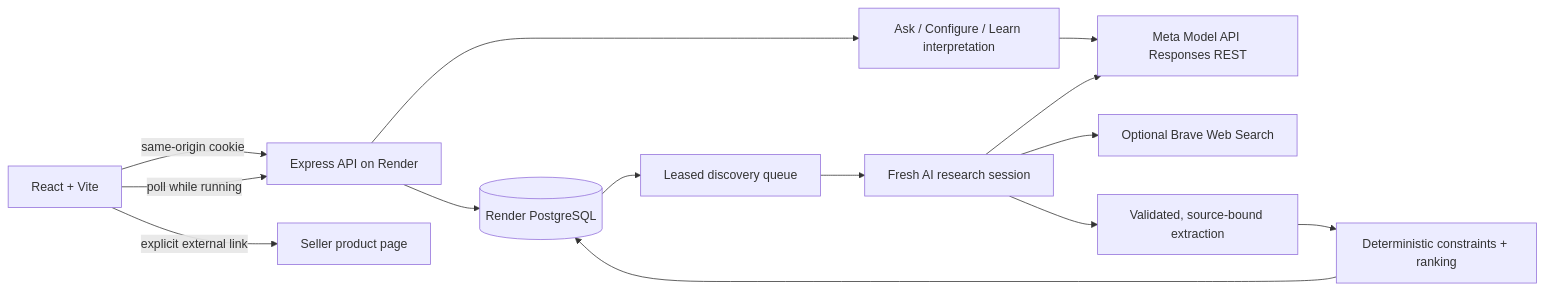
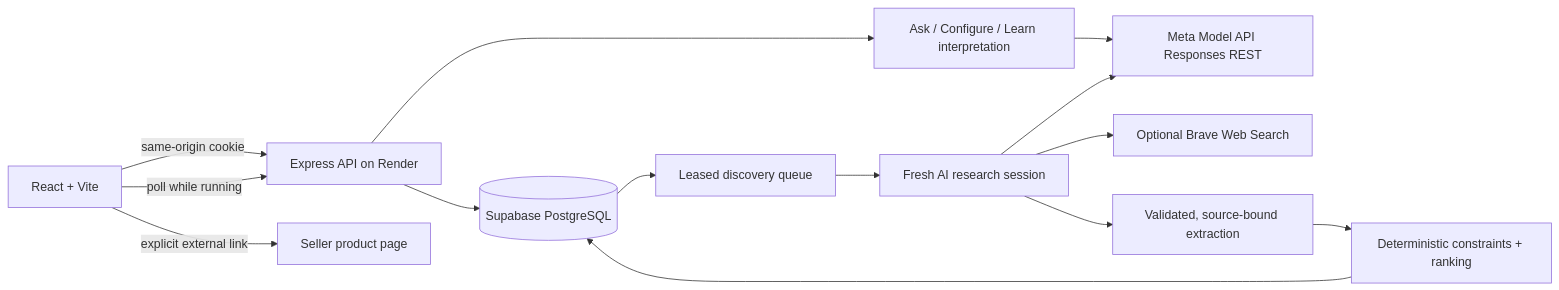
One commit to meta-hackers/fairbuy changed the diagram in Architecture.md. Above: the diagram before and after it, drawn with Mermaid. The commit also changed other lines of this file and 8 other files, not shown here.

Commit message:
Use private Supabase PostgreSQL in the fairbuy Render workspace

````diff
--- a/Architecture.md
+++ b/Architecture.md
@@ -5,16 +5,16 @@
 ```mermaid
 flowchart LR
   Browser[React + Vite] -->|same-origin cookie| API[Express API on Render]
-  API --> DB[(Render PostgreSQL)]
+  API --> DB[(Supabase PostgreSQL)]
   API --> Ask[Ask / Configure / Learn interpretation]
   Ask --> Meta[Meta Model API Responses REST]
   DB --> Worker[Leased discovery queue]
   Worker --> Research[Fresh AI research session]
   Research --> Meta
   Research --> Brave[Optional Brave Web Search]
   Research --> Extraction[Validated, source-bound extraction]
   Extraction --> Ranking[Deterministic constraints + ranking]
   Ranking --> DB
   Browser -->|poll while running| API
   Browser -->|explicit external link| Seller[Seller product page]
 ```
````
